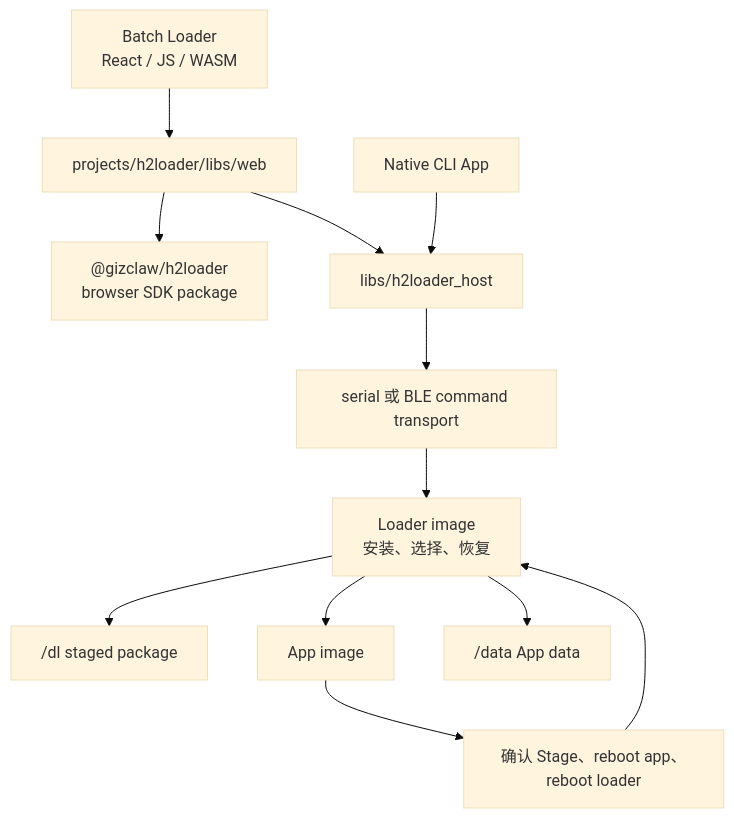
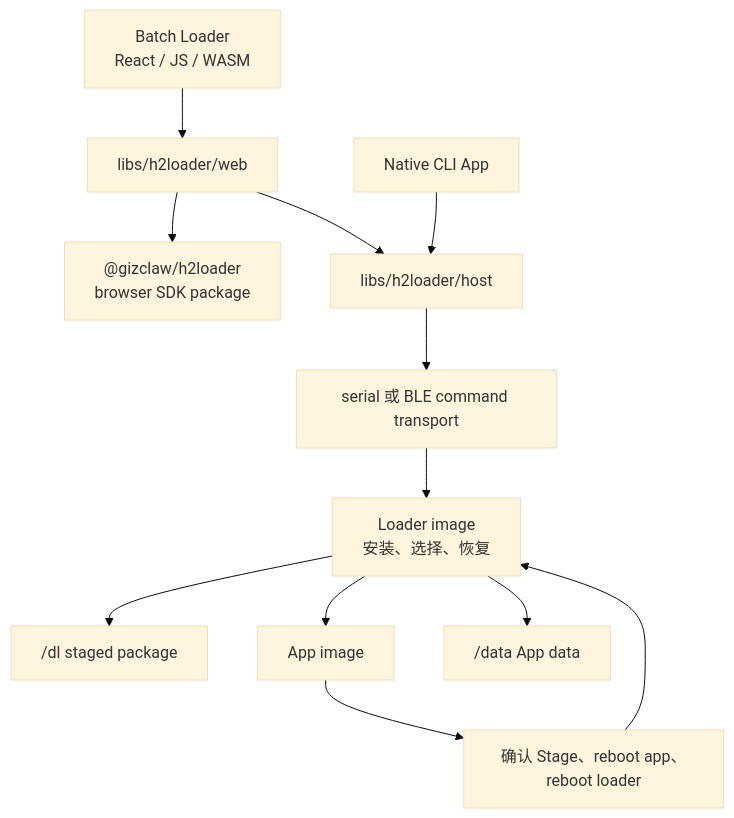
One commit to GizClaw/gizos changed the first of 2 diagrams in guides/apps/h2loader/index.md. Above: the diagram before and after it, drawn with Mermaid (base theme). The commit also changed other lines of this file and 3087 other files, not shown here.

````diff
--- a/guides/apps/h2loader/index.md
+++ b/guides/apps/h2loader/index.md
@@ -70,14 +48,14 @@
 ```mermaid
 flowchart TD
-    Batch["Batch Loader<br/>React / JS / WASM"] --> WebSDK["projects/h2loader/libs/web"]
+    Batch["Batch Loader<br/>React / JS / WASM"] --> WebSDK["libs/h2loader/web"]
     WebSDK --> NpmSDK["@gizclaw/h2loader<br/>browser SDK package"]
-    WebSDK --> HostCore["libs/h2loader_host"]
+    WebSDK --> HostCore["libs/h2loader/host"]
     CLI["Native CLI App"] --> HostCore
     HostCore --> Transport["serial 或 BLE command transport"]
     Transport --> Loader["Loader image<br/>安装、选择、恢复"]
     Loader --> Package["/dl staged package"]
     Loader --> AppImage["App image"]
     Loader --> Data["/data App data"]
     AppImage --> Confirm["确认 Stage、reboot app、reboot loader"]
     Confirm --> Loader
 ```
````
